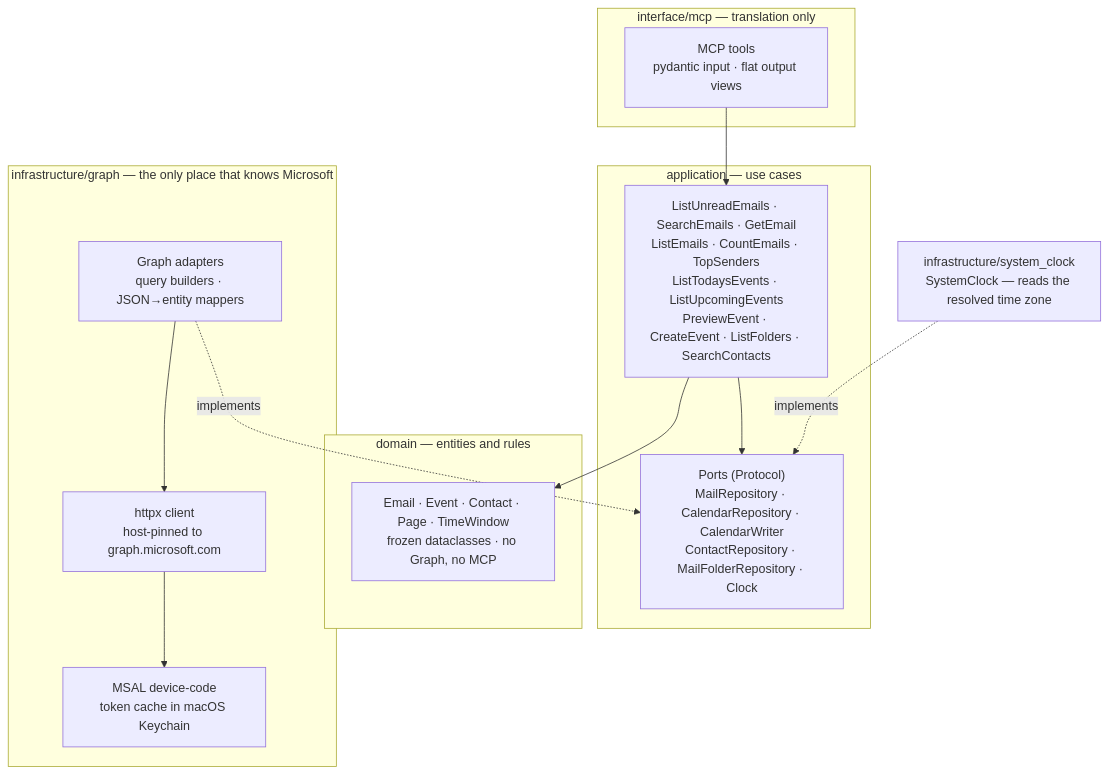
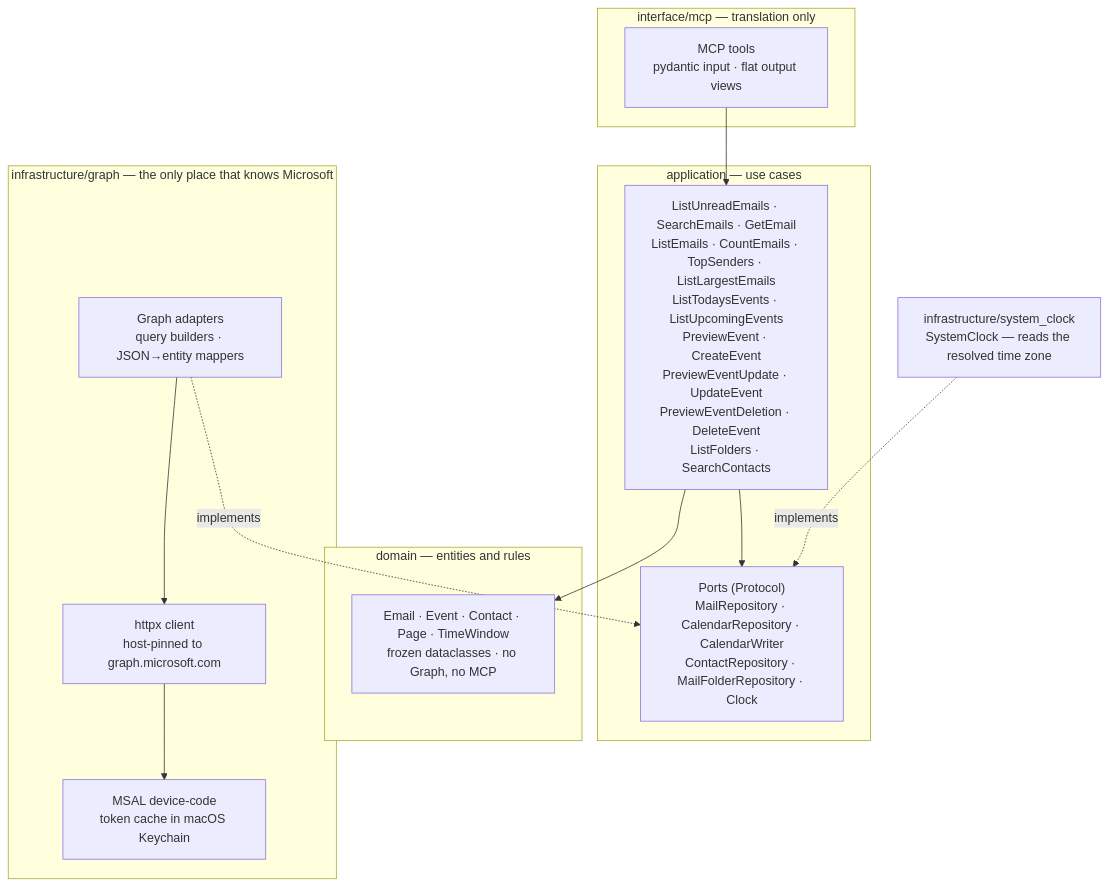
Before and after one commit to valter-araujo/outlook-mac-mcp: the first of 2 diagrams in README.md, drawn with Mermaid.

Commit message:
docs: add update_event/delete_event use cases to architecture diagram
The "Architecture at a glance" flowchart's use-case list was stale
since the update_event/delete_event feature (5050517) and
list_largest_emails, both added after this diagram was last drawn.

````diff
--- a/README.md
+++ b/README.md
@@ -157,26 +157,26 @@
 ```mermaid
 flowchart TB
     subgraph interface["interface/mcp — translation only"]
         tools["MCP tools<br/>pydantic input · flat output views"]
     end
     subgraph application["application — use cases"]
-        uc["ListUnreadEmails · SearchEmails · GetEmail<br/>ListEmails · CountEmails · TopSenders<br/>ListTodaysEvents · ListUpcomingEvents<br/>PreviewEvent · CreateEvent · ListFolders · SearchContacts"]
+        uc["ListUnreadEmails · SearchEmails · GetEmail<br/>ListEmails · CountEmails · TopSenders · ListLargestEmails<br/>ListTodaysEvents · ListUpcomingEvents<br/>PreviewEvent · CreateEvent<br/>PreviewEventUpdate · UpdateEvent<br/>PreviewEventDeletion · DeleteEvent<br/>ListFolders · SearchContacts"]
         ports["Ports (Protocol)<br/>MailRepository · CalendarRepository · CalendarWriter<br/>ContactRepository · MailFolderRepository · Clock"]
     end
     subgraph domain["domain — entities and rules"]
         ent["Email · Event · Contact · Page · TimeWindow<br/>frozen dataclasses · no Graph, no MCP"]
     end
     subgraph infra["infrastructure/graph — the only place that knows Microsoft"]
         adapters["Graph adapters<br/>query builders · JSON→entity mappers"]
         auth["MSAL device-code<br/>token cache in macOS Keychain"]
         http["httpx client<br/>host-pinned to graph.microsoft.com"]
     end
     clock["infrastructure/system_clock<br/>SystemClock — reads the resolved time zone"]
     tools --> uc
     uc --> ports
     uc --> ent
     adapters -. implements .-> ports
     clock -. implements .-> ports
     adapters --> http
     http --> auth
 ```
````
